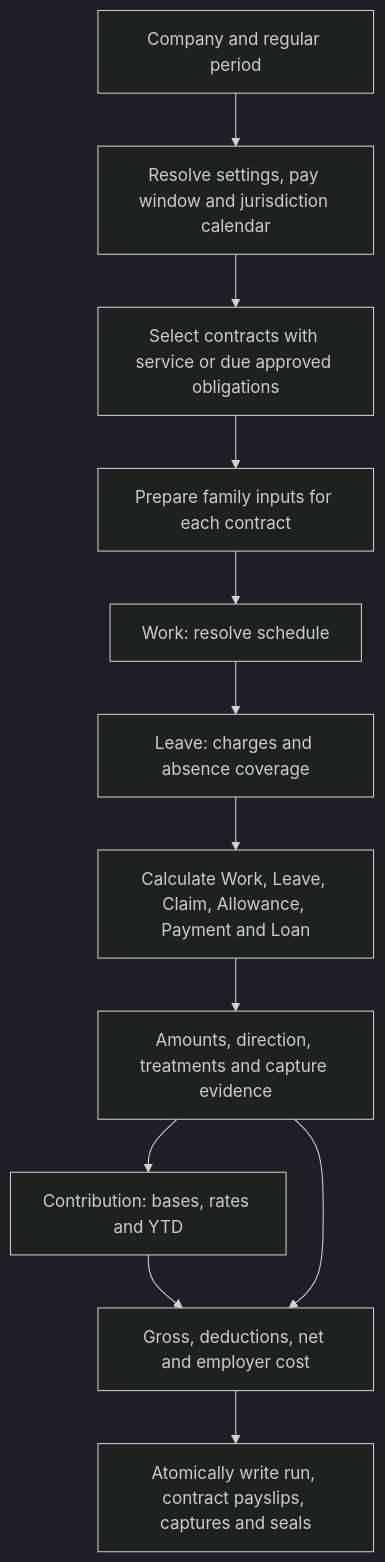
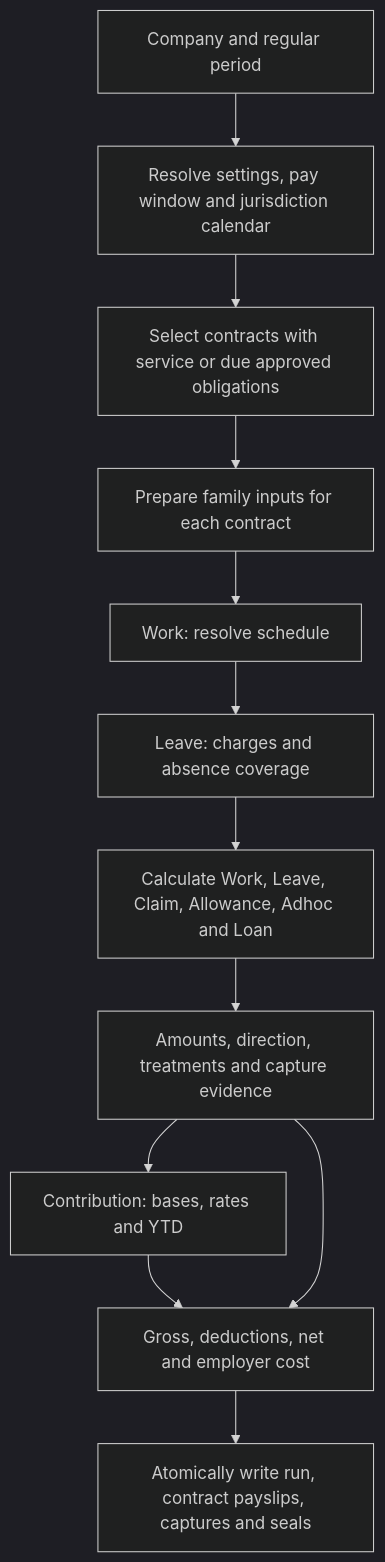
Before and after one commit to norbital-ai/templates: the second of 3 diagrams in hr-payroll/docs/architecture.md, drawn with Mermaid (dark theme). The commit also changed other lines of this file and 15 other files, not shown here.

````diff
--- a/hr-payroll/docs/architecture.md
+++ b/hr-payroll/docs/architecture.md
@@ -111,14 +111,14 @@
 ```mermaid
 flowchart TD
     Request[Company and regular period] --> Context[Resolve settings, pay window and jurisdiction calendar]
     Context --> Contracts[Select contracts with service or due approved obligations]
     Contracts --> Prepare[Prepare family inputs for each contract]
     Prepare --> Work[Work: resolve schedule]
     Work --> Leave[Leave: charges and absence coverage]
-    Leave --> Calculate[Calculate Work, Leave, Claim, Allowance, Payment and Loan]
+    Leave --> Calculate[Calculate Work, Leave, Claim, Allowance, Adhoc and Loan]
     Calculate --> Results[Amounts, direction, treatments and capture evidence]
     Results --> Contribution[Contribution: bases, rates and YTD]
     Contribution --> Settle[Gross, deductions, net and employer cost]
     Results --> Settle
     Settle --> Commit[Atomically write run, contract payslips, captures and seals]
 ```
````
